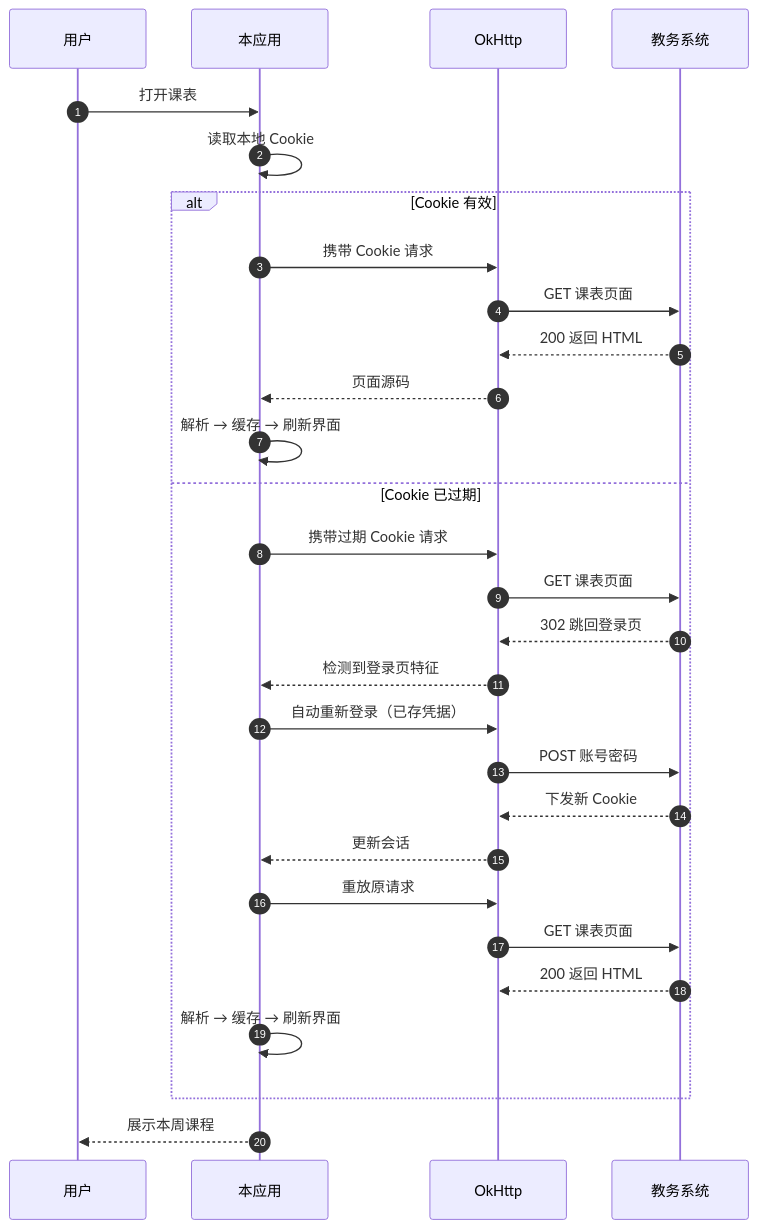
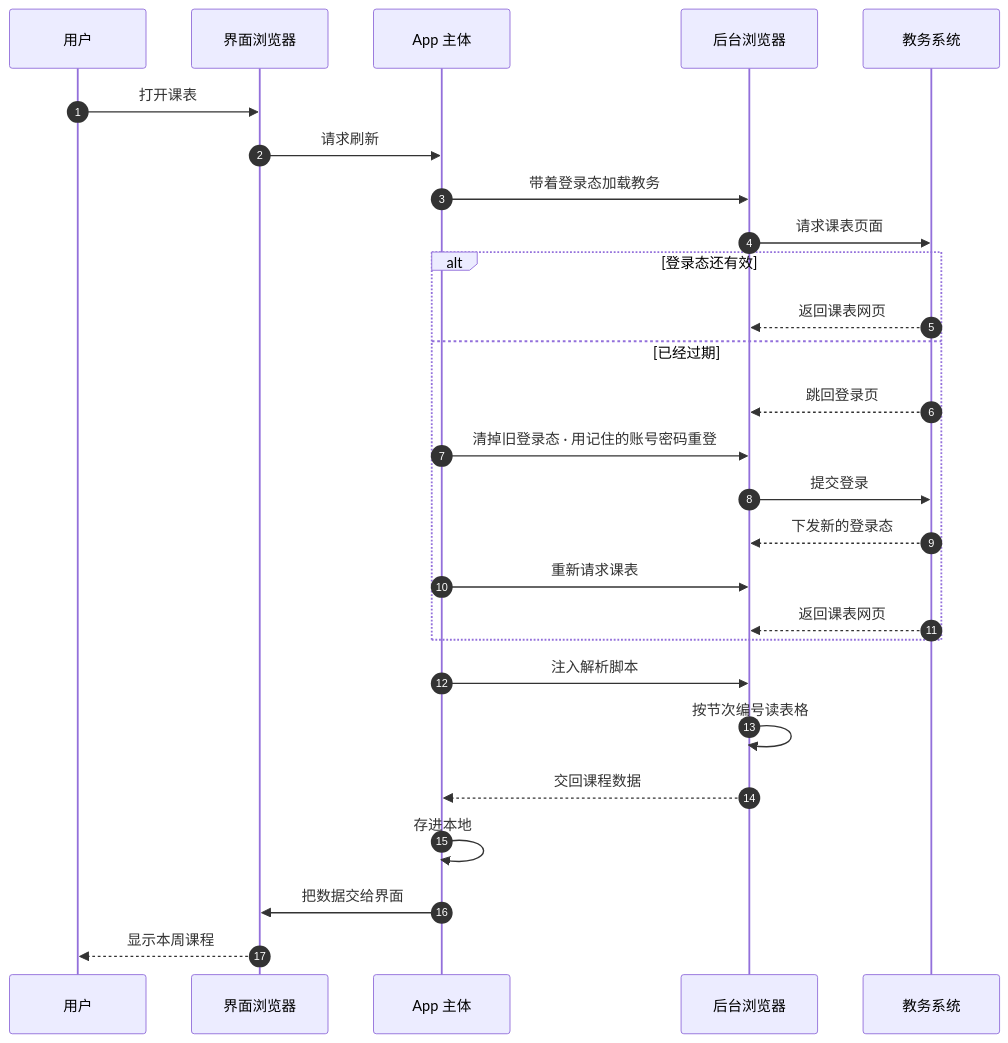
One commit to Aokiisei/-Mimi- changed the second of 3 diagrams in README.md. Above: the diagram before and after it, drawn with Mermaid. The commit also changed other lines of this file, not shown here.

````diff
--- a/README.md
+++ b/README.md
@@ -73,32 +127,32 @@
 ```mermaid
 sequenceDiagram
     autonumber
     participant U as 用户
-    participant A as 本应用
-    participant N as OkHttp
+    participant UI as 界面浏览器
+    participant F as App 主体
+    participant C as 后台浏览器
     participant S as 教务系统
 
-    U->>A: 打开课表
-    A->>A: 读取本地 Cookie
-    alt Cookie 有效
-        A->>N: 携带 Cookie 请求
-        N->>S: GET 课表页面
-        S-->>N: 200 返回 HTML
-        N-->>A: 页面源码
-        A->>A: 解析 → 缓存 → 刷新界面
-    else Cookie 已过期
-        A->>N: 携带过期 Cookie 请求
-        N->>S: GET 课表页面
-        S-->>N: 302 跳回登录页
-        N-->>A: 检测到登录页特征
-        A->>N: 自动重新登录（已存凭据）
-        N->>S: POST 账号密码
-        S-->>N: 下发新 Cookie
-        N-->>A: 更新会话
-        A->>N: 重放原请求
-        N->>S: GET 课表页面
-        S-->>N: 200 返回 HTML
-        A->>A: 解析 → 缓存 → 刷新界面
+    U->>UI: 打开课表
+    UI->>F: 请求刷新
+    F->>C: 带着登录态加载教务
+    C->>S: 请求课表页面
+
+    alt 登录态还有效
+        S-->>C: 返回课表网页
+    else 已经过期
+        S-->>C: 跳回登录页
+        F->>C: 清掉旧登录态 · 用记住的账号密码重登
+        C->>S: 提交登录
+        S-->>C: 下发新的登录态
+        F->>C: 重新请求课表
+        S-->>C: 返回课表网页
     end
-    A-->>U: 展示本周课程
+
+    F->>C: 注入解析脚本
+    C->>C: 按节次编号读表格
+    C-->>F: 交回课程数据
+    F->>F: 存进本地
+    F->>UI: 把数据交给界面
+    UI-->>U: 显示本周课程
 ```
````
